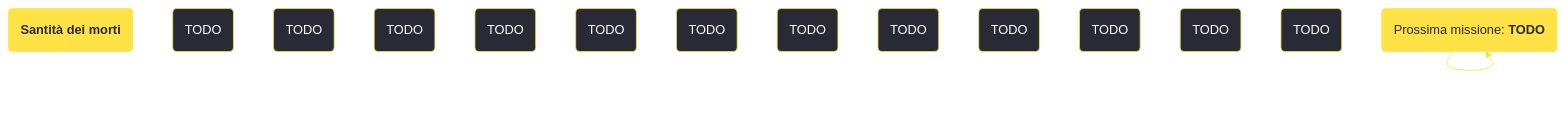
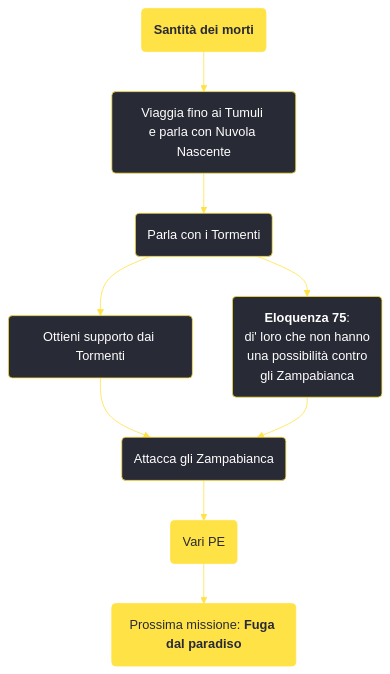
Before and after one commit to persy/wastelander: the diagram in content/voci/fallout new vegas/missioni/Santità dei morti.md, drawn with Mermaid. The commit also changed 174 other files, not shown here.

````diff
--- a/content/voci/fallout new vegas/missioni/Santità dei morti.md
+++ b/content/voci/fallout new vegas/missioni/Santità dei morti.md
@@ -32,24 +32,18 @@
 ```mermaid
 %%{init: {'theme': 'base', 'themeVariables': { 'primaryColor': '#282a36', 'primaryBorderColor': '#ffe245', 'primaryTextColor': '#fff', 'lineColor': '#ffe245', 'fontFamily': 'Jura'}}}%%
 graph TD;
     id1(<b>Santità dei morti</b>):::questfnv
-    id2(TODO)
-    id3(TODO)
-    id4(TODO)
-    id5(TODO)
-    id6(TODO)
-    id7(TODO) 
-    id8(TODO)
-    id9(TODO)
-    id10(TODO)
-    id11(TODO)
-    id12(TODO)
-    id13(TODO) 
-    id(TODO):::rewardfnv
-    id(Prossima missione: <b>TODO</b>):::questfnv
-    id-->id-->id-->id-->id-->id-->id
+    id2(Viaggia fino ai Tumuli <br />e parla con Nuvola Nascente)
+    id3(Parla con i Tormenti)
+    id4(Ottieni supporto dai Tormenti)
+    id5(<b>Eloquenza 75</b>: <br />di' loro che non hanno <br />una possibilità contro <br />gli Zampabianca)
+    id6(Attacca gli Zampabianca)
+    id7(Vari PE):::rewardfnv
+    id8(Prossima missione: <b>Fuga dal paradiso</b>):::questfnv
     
-    click id "../TODO"
+    id1-->id2-->id3-->id4 & id5-->id6-->id7-->id8
+    
+    click id8 "../fuga-dal-paradiso"
     classDef rewardfnv fill:#ffe245, stroke:#ffe245, color:#282a36;
     classDef questfnv fill:#ffe245, stroke:#ffe245, color:#282a36;
 ```
````
